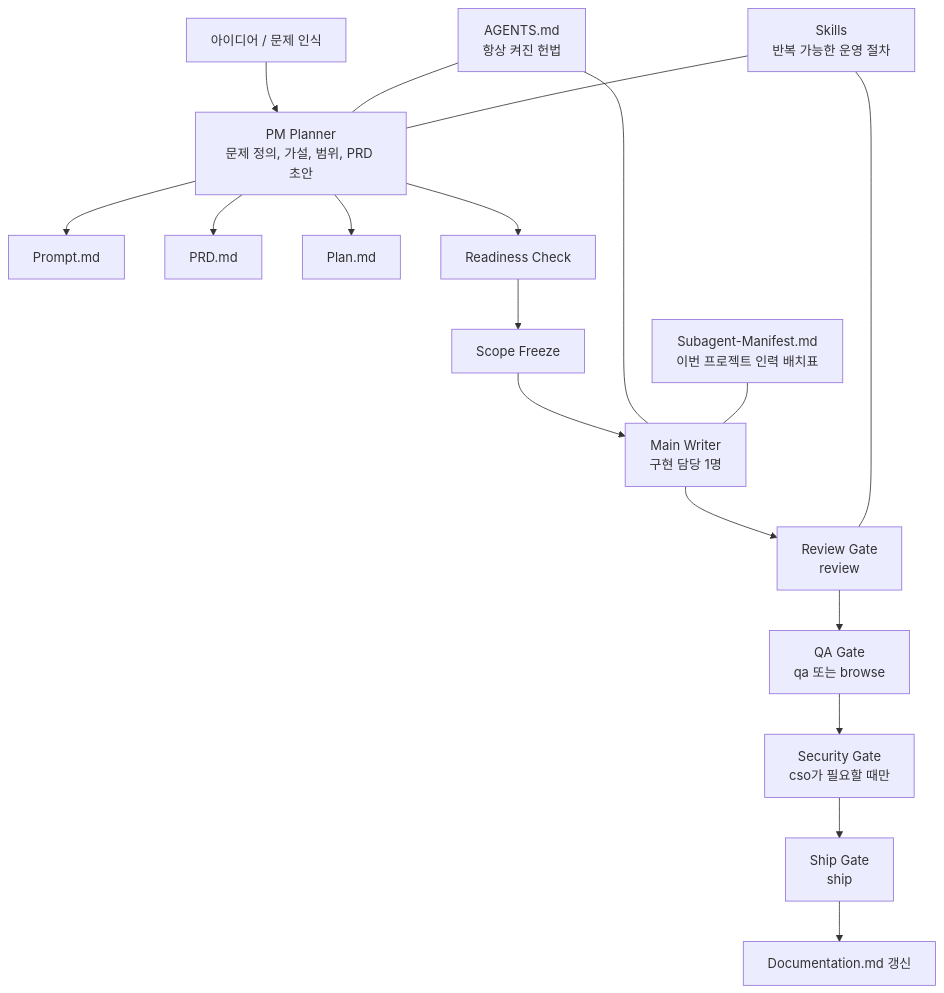
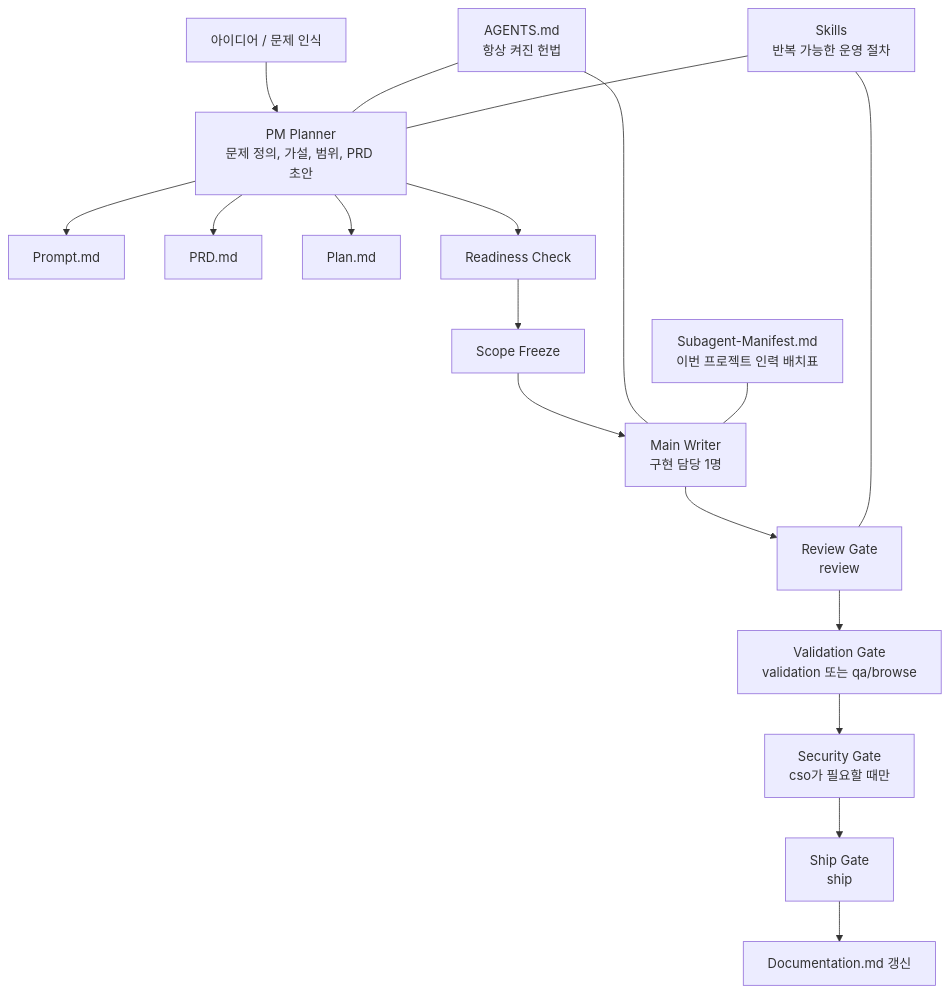
Before and after one commit to Merchantlee99/vibebuilder-framework: the first of 2 diagrams in README.md, drawn with Mermaid. The commit also changed other lines of this file and 11 other files, not shown here.

````diff
--- a/README.md
+++ b/README.md
@@ -44,21 +44,21 @@
 ```mermaid
 flowchart TD
     A["아이디어 / 문제 인식"] --> B["PM Planner<br/>문제 정의, 가설, 범위, PRD 초안"]
     B --> C["Prompt.md"]
     B --> D["PRD.md"]
     B --> E["Plan.md"]
     B --> F["Readiness Check"]
     F --> G["Scope Freeze"]
     G --> H["Main Writer<br/>구현 담당 1명"]
     H --> I["Review Gate<br/>review"]
-    I --> J["QA Gate<br/>qa 또는 browse"]
+    I --> J["Validation Gate<br/>validation 또는 qa/browse"]
     J --> K["Security Gate<br/>cso가 필요할 때만"]
     K --> L["Ship Gate<br/>ship"]
     L --> M["Documentation.md 갱신"]
 
     N["AGENTS.md<br/>항상 켜진 헌법"] --- B
     N --- H
     O["Skills<br/>반복 가능한 운영 절차"] --- B
     O --- I
     P["Subagent-Manifest.md<br/>이번 프로젝트 인력 배치표"] --- H
 ```
````
